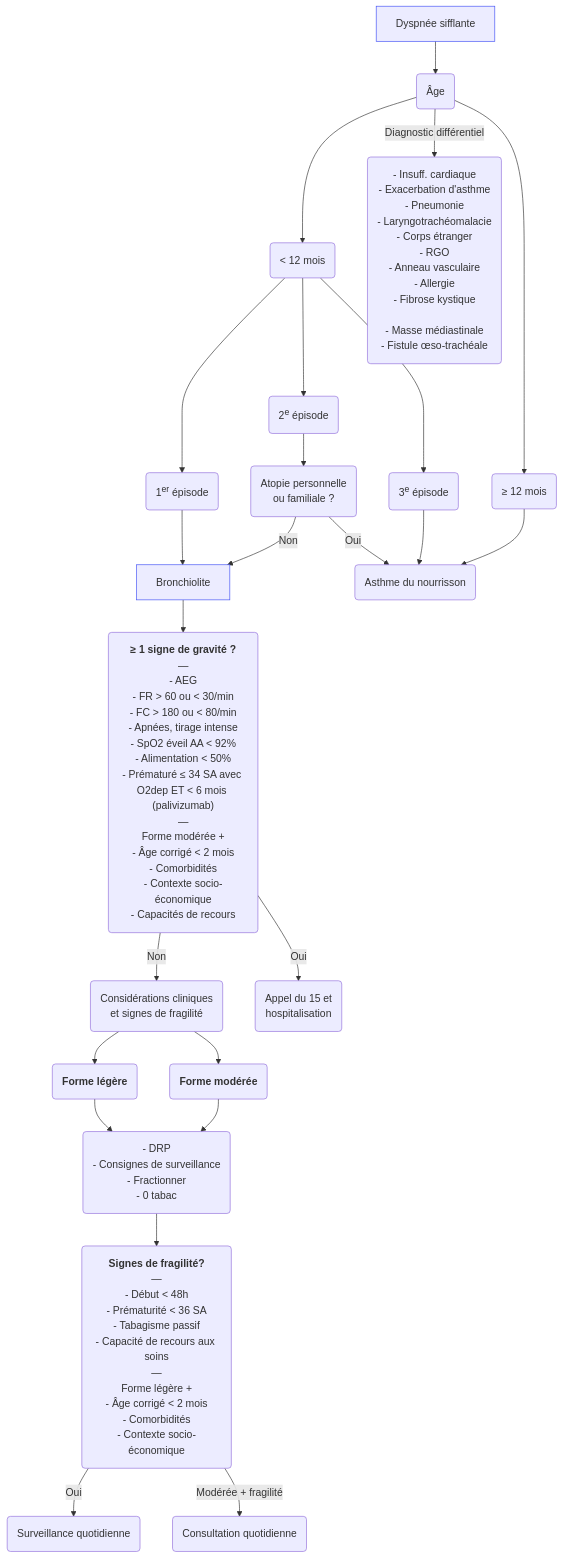
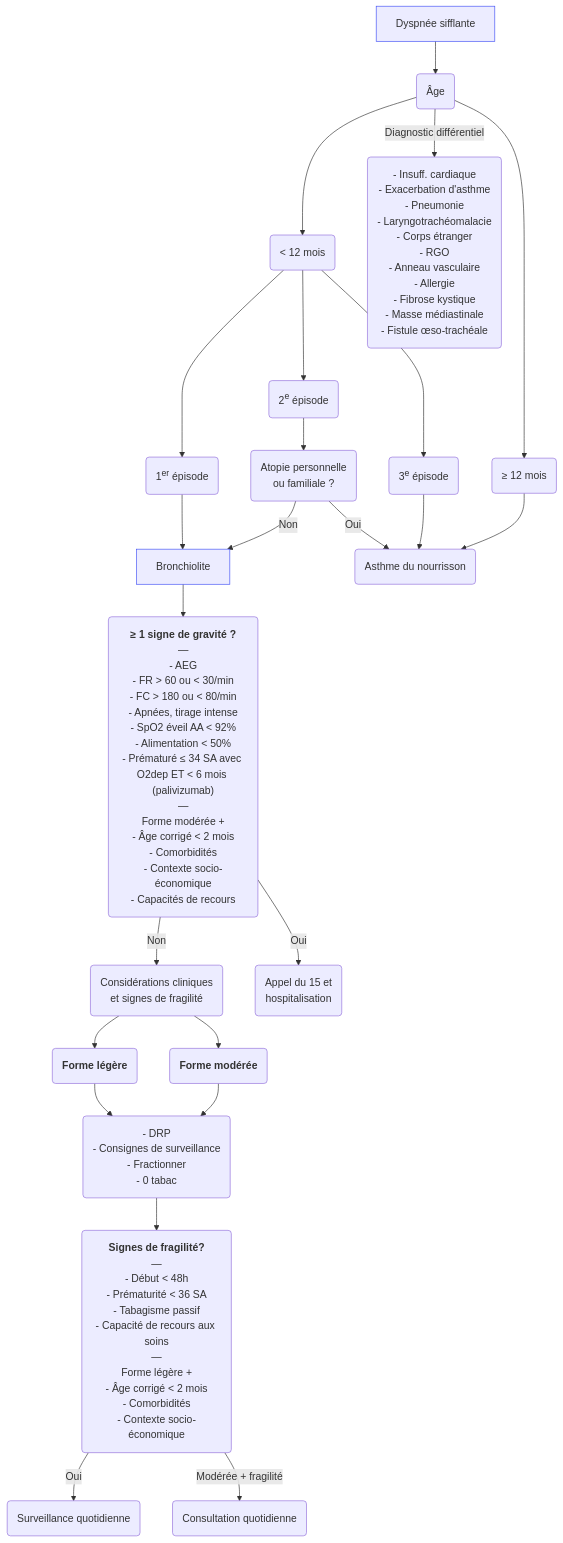
One commit to djibe/recommandations-medicales changed the diagram in content/recommandations/bronchiolite.md. Above: the diagram before and after it, drawn with Mermaid. The commit also changed other lines of this file and 9 other files, not shown here.

```diff
--- a/content/recommandations/bronchiolite.md
+++ b/content/recommandations/bronchiolite.md
@@ -354,26 +363,24 @@
 {{< mermaid title="Prise en charge de la bronchiolite et d'une dyspnée sifflante. Dr JB Fron d'après HAS/CNPP 2019" >}}
 graph TB
-accTitle: Prise en charge de la bronchiolite et d'une dyspnée sifflante d'après HAS et CNPP 2019
   dyspnee[Dyspnée sifflante] --> âge(Âge)
   style dyspnee stroke:#4150f5, stroke-width:1px
     âge --> moins12(&lt; 12 mois)
       moins12 --> 1(1<sup>er</sup> épisode) --> bronchiolite[Bronchiolite]
       style bronchiolite stroke:#4150f5, stroke-width:1px
         bronchiolite --> gravite("<b>≥ 1 signe de gravité ?</b><br>—<br>- AEG<br>- FR &gt; 60 ou &lt; 30/min<br>- FC &gt; 180 ou &lt; 80/min<br>- Apnées, tirage intense<br>- SpO2 éveil AA &lt; 92%<br>- Alimentation &lt; 50%<br>- Prématuré ≤ 34 SA avec O2dep ET &lt; 6 mois (palivizumab)<br>—<br>Forme modérée +<br>- Âge corrigé &lt; 2 mois<br>- Comorbidités<br>- Contexte socio-économique<br>- Capacités de recours")
           gravite -- Non --> impression(Considérations cliniques<br>et signes de fragilité)
             impression --> legere("<b>Forme légère</b>")
               legere --> education("- DRP<br>- Consignes de surveillance<br>- Fractionner<br>- 0 tabac")
                 education --> fragilite("<b>Signes de fragilité?</b><br>—<br>- Début &lt; 48h<br>- Prématurité &lt; 36 SA<br>- Tabagisme passif<br>- Capacité de recours aux soins<br>—<br>Forme légère +<br>- Âge corrigé &lt; 2 mois<br>- Comorbidités<br>- Contexte socio-économique")
                   fragilite -- Oui --> vigilance(Surveillance quotidienne)
                   fragilite -- Modérée + fragilité --> consultation(Consultation quotidienne)
             impression --> moderee("<b>Forme modérée</b>")
               moderee --> education
           gravite -- Oui --> hospitalisation(Appel du 15 et<br>hospitalisation)
       moins12 --> 2(2<sup>e</sup> épisode) --> atopie(Atopie personnelle<br>ou familiale ?)
         atopie -- Non --> bronchiolite
         atopie -- Oui --> asthme
       moins12 --> 3(3<sup>e</sup> épisode) --> asthme(Asthme du nourrisson)
     âge --> plus12("≥ 12 mois") --> asthme
-    âge -- Diagnostic différentiel --> differentiel("- Insuff. cardiaque<br>- Exacerbation d'asthme<br>- Pneumonie<br>- Laryngotrachéomalacie<br>- Corps étranger<br>- RGO<br>- Anneau vasculaire<br>- Allergie<br>- Fibrose kystique<br>
-- Masse médiastinale<br>- Fistule œso-trachéale")
+    âge -- Diagnostic différentiel --> differentiel("- Insuff. cardiaque<br>- Exacerbation d'asthme<br>- Pneumonie<br>- Laryngotrachéomalacie<br>- Corps étranger<br>- RGO<br>- Anneau vasculaire<br>- Allergie<br>- Fibrose kystique<br>- Masse médiastinale<br>- Fistule œso-trachéale")
 {{< /mermaid >}}
```
